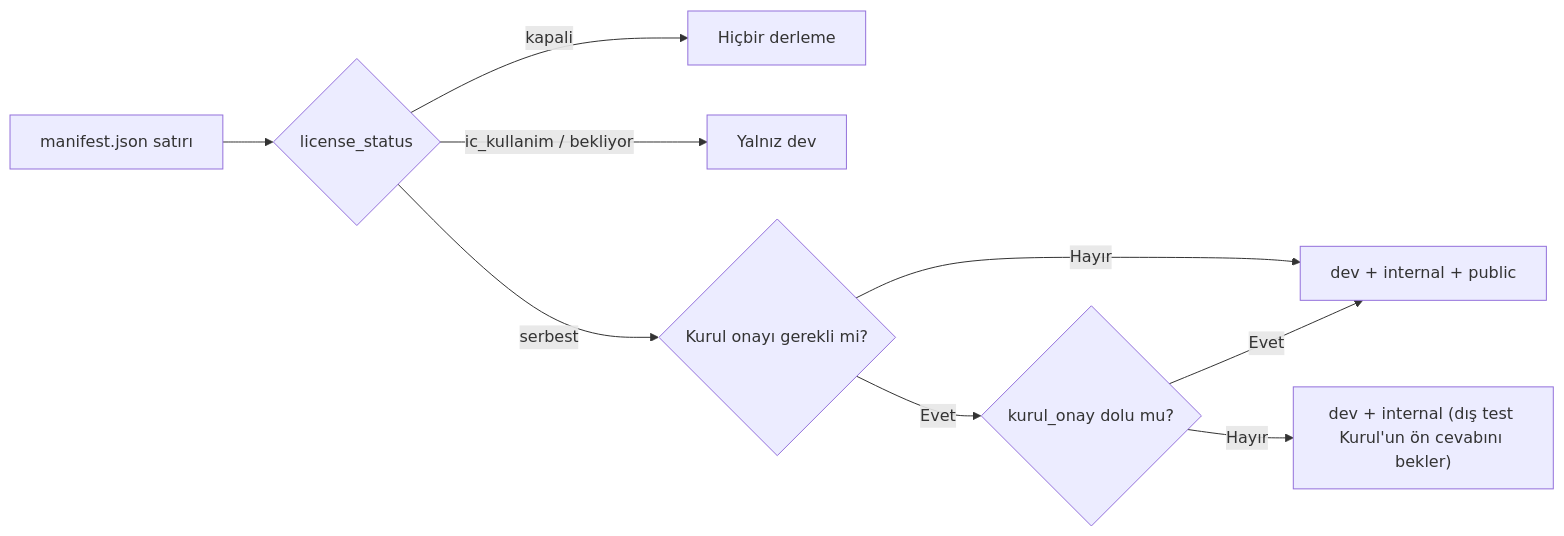
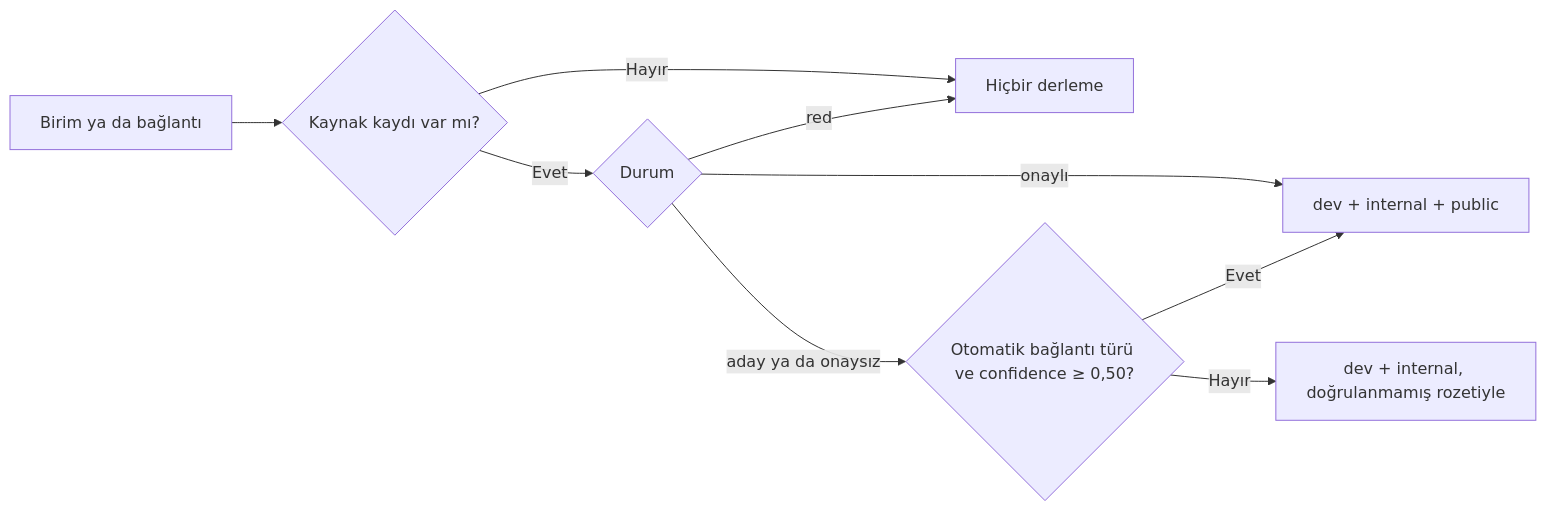
The diagram in docs/01-urun/01-kapsam-ve-fazlar.md (karasaid379-hue/mutalaa), drawn with Mermaid before and after one commit. The commit also changed other lines of this file and 39 other files, not shown here.

````diff
--- a/docs/01-urun/01-kapsam-ve-fazlar.md
+++ b/docs/01-urun/01-kapsam-ve-fazlar.md
@@ -52,11 +54,11 @@
 ```mermaid
 flowchart LR
-  M[manifest.json satırı] --> L{license_status}
-  L -- kapali --> X[Hiçbir derleme]
-  L -- ic_kullanim / bekliyor --> D[Yalnız dev]
-  L -- serbest --> K{Kurul onayı gerekli mi?}
-  K -- Hayır --> P[dev + internal + public]
-  K -- Evet --> O{kurul_onay dolu mu?}
-  O -- Evet --> P
-  O -- Hayır --> I["dev + internal (dış test Kurul'un ön cevabını bekler)"]
+  B[Birim ya da bağlantı] --> R{Kaynak kaydı var mı?}
+  R -- Hayır --> X[Hiçbir derleme]
+  R -- Evet --> S{Durum}
+  S -- red --> X
+  S -- onaylı --> P[dev + internal + public]
+  S -- "aday ya da onaysız" --> T{"Otomatik bağlantı türü ve confidence ≥ 0,50?"}
+  T -- Evet --> P
+  T -- Hayır --> D["dev + internal, doğrulanmamış rozetiyle"]
 ```
````
